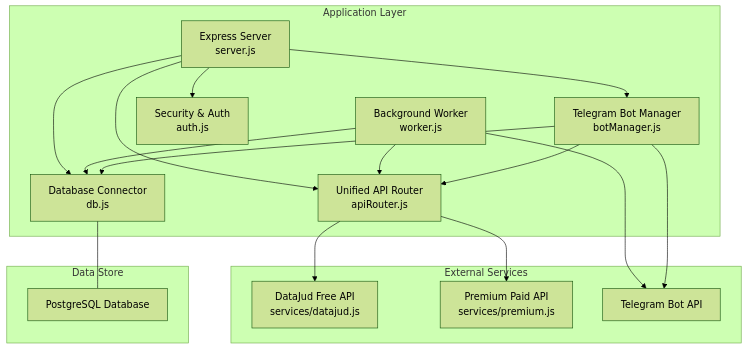
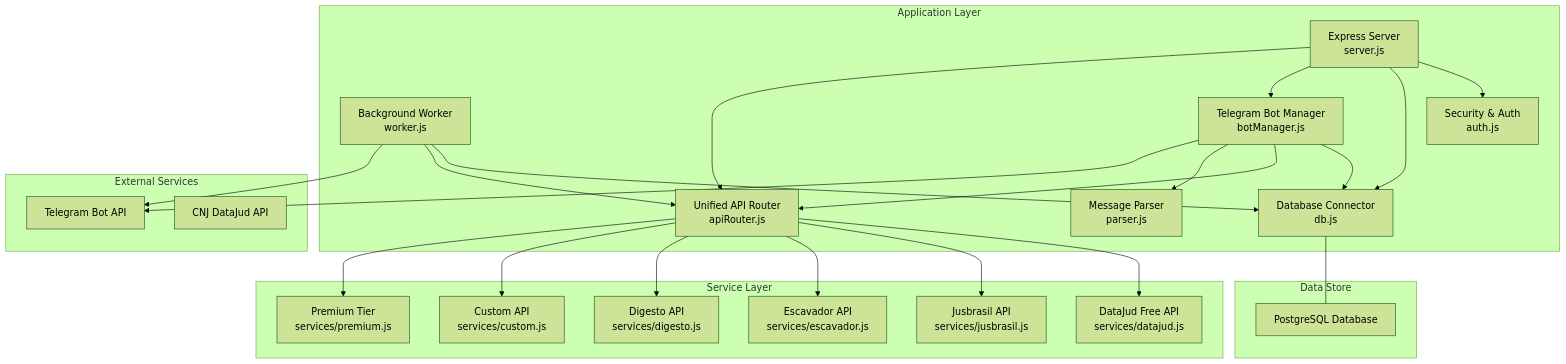
The first of 9 diagrams in .qoder/repowiki/en/content/Architecture Overview/System Components.md (Alexandrexicara/bot-processos), drawn with Mermaid (forest theme) before and after one commit. The commit also changed other lines of this file and 10 other files, not shown here.

````diff
--- a/.qoder/repowiki/en/content/Architecture Overview/System Components.md
+++ b/.qoder/repowiki/en/content/Architecture Overview/System Components.md
@@ -44,32 +59,45 @@
 ```mermaid
 graph TB
 subgraph "Application Layer"
 Server["Express Server<br/>server.js"]
 Worker["Background Worker<br/>worker.js"]
 BotMgr["Telegram Bot Manager<br/>botManager.js"]
 API["Unified API Router<br/>apiRouter.js"]
+Parser["Message Parser<br/>parser.js"]
 Auth["Security & Auth<br/>auth.js"]
 DB["Database Connector<br/>db.js"]
 end
+subgraph "Service Layer"
+DataJud["DataJud Free API<br/>services/datajud.js"]
+Jusbrasil["Jusbrasil API<br/>services/jusbrasil.js"]
+Escavador["Escavador API<br/>services/escavador.js"]
+Digesto["Digesto API<br/>services/digesto.js"]
+Custom["Custom API<br/>services/custom.js"]
+Premium["Premium Tier<br/>services/premium.js"]
+end
 subgraph "External Services"
-DataJud["DataJud Free API<br/>services/datajud.js"]
-Premium["Premium Paid API<br/>services/premium.js"]
 Telegram["Telegram Bot API"]
+CNJ["CNJ DataJud API"]
 end
 subgraph "Data Store"
 Postgres["PostgreSQL Database"]
 end
 Server --> Auth
 Server --> DB
 Server --> BotMgr
 Server --> API
 Worker --> DB
 Worker --> API
 Worker --> Telegram
 BotMgr --> DB
 BotMgr --> API
+BotMgr --> Parser
 BotMgr --> Telegram
 API --> DataJud
+API --> Jusbrasil
+API --> Escavador
+API --> Digesto
+API --> Custom
 API --> Premium
 DB --- Postgres
 ```
````
